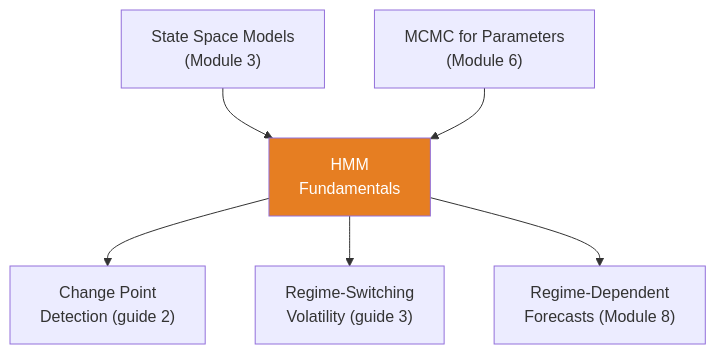
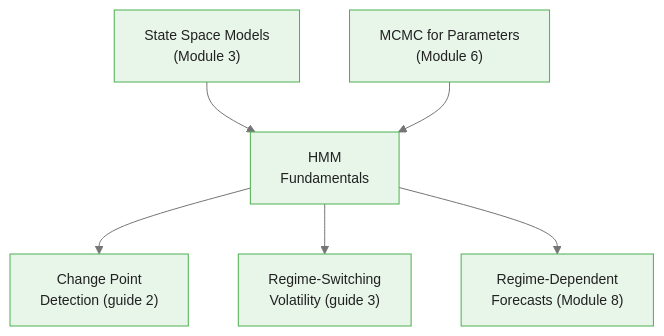
The fourth of 4 diagrams in courses/bayesian-commodity-forecasting/modules/module_07_regime_switching/guides/01_hmm_fundamentals_slides.md (m-deane/course-creator), drawn with Mermaid before and after one commit. The commit also changed other lines of this file and 104 other files, not shown here.

````diff
--- a/courses/bayesian-commodity-forecasting/modules/module_07_regime_switching/guides/01_hmm_fundamentals_slides.md
+++ b/courses/bayesian-commodity-forecasting/modules/module_07_regime_switching/guides/01_hmm_fundamentals_slides.md
@@ -308,9 +320,9 @@
 ```mermaid
+%%{init: {"theme": "base", "themeVariables": {"primaryColor": "#e8f5e9", "primaryBorderColor": "#4caf50", "primaryTextColor": "#212121", "secondaryColor": "#e3f2fd", "tertiaryColor": "#fff8e1", "lineColor": "#757575", "fontFamily": "Inter, sans-serif", "fontSize": "14px"}}}%%
 flowchart TD
     SSM["State Space Models\n(Module 3)"] --> HMM["HMM\nFundamentals"]
     MCMC["MCMC for Parameters\n(Module 6)"] --> HMM
     HMM --> CPD["Change Point\nDetection (guide 2)"]
     HMM --> RSV["Regime-Switching\nVolatility (guide 3)"]
     HMM --> FI["Regime-Dependent\nForecasts (Module 8)"]
-    style HMM fill:#e67e22,color:#fff
 ```
````
